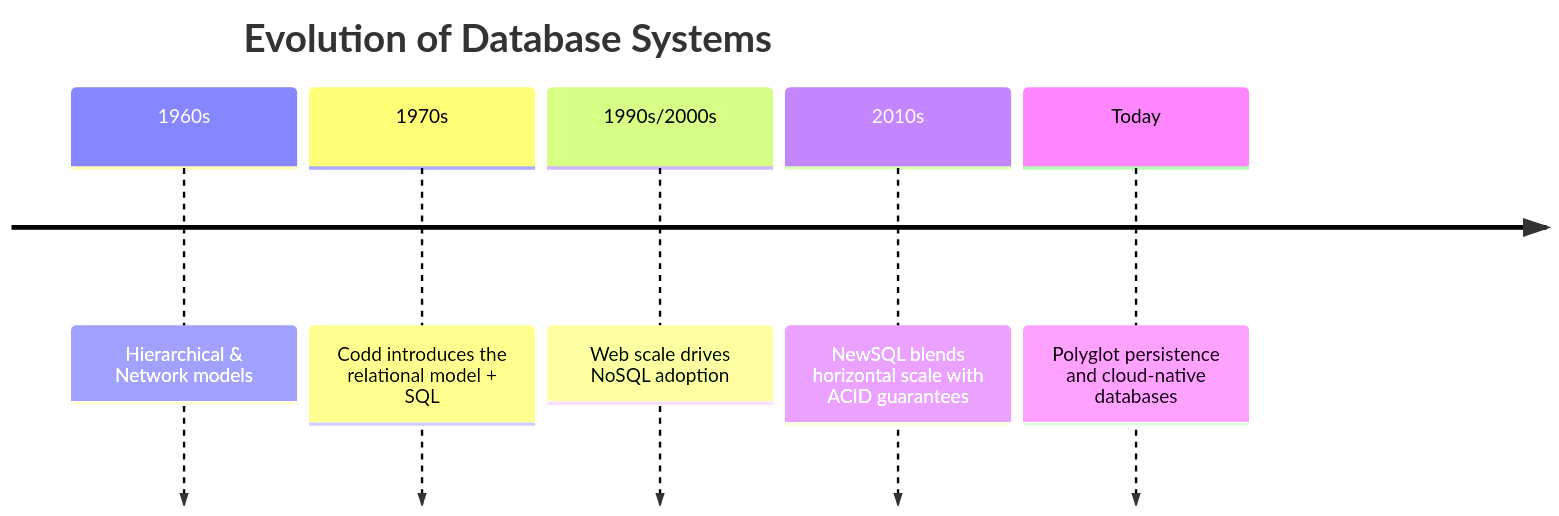
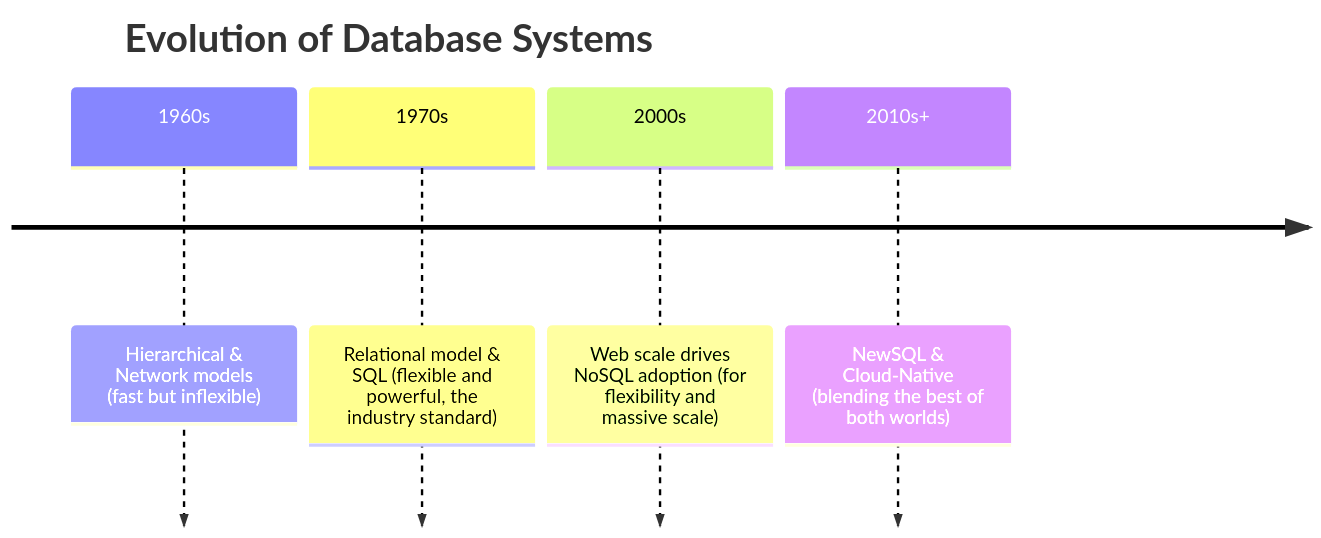
Before and after one commit to ehsan18t/interdocs: the second of 2 diagrams in docs/dbms/ch1-introduction.md, drawn with Mermaid. The commit also changed other lines of this file and 3 other files, not shown here.

````diff
--- a/docs/dbms/ch1-introduction.md
+++ b/docs/dbms/ch1-introduction.md
@@ -158,9 +111,8 @@
 ```mermaid
 timeline
     title Evolution of Database Systems
-    1960s : Hierarchical & Network models
-    1970s : Codd introduces the relational model + SQL
-    1990s/2000s : Web scale drives NoSQL adoption
-    2010s : NewSQL blends horizontal scale with ACID guarantees
-    Today : Polyglot persistence and cloud-native databases
+    1960s : Hierarchical & Network models (fast but inflexible)
+    1970s : Relational model & SQL (flexible and powerful, the industry standard)
+    2000s : Web scale drives NoSQL adoption (for flexibility and massive scale)
+    2010s+ : NewSQL & Cloud-Native (blending the best of both worlds)
 ```
````
